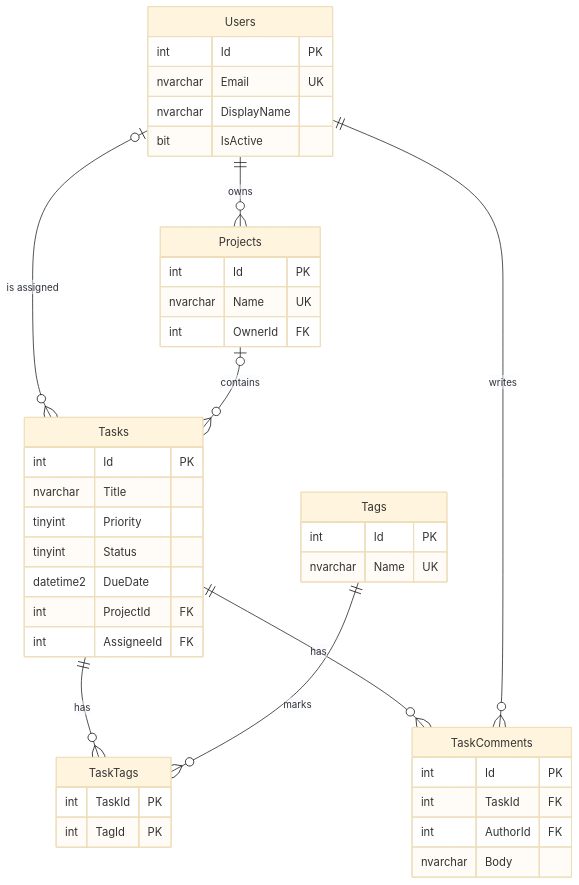
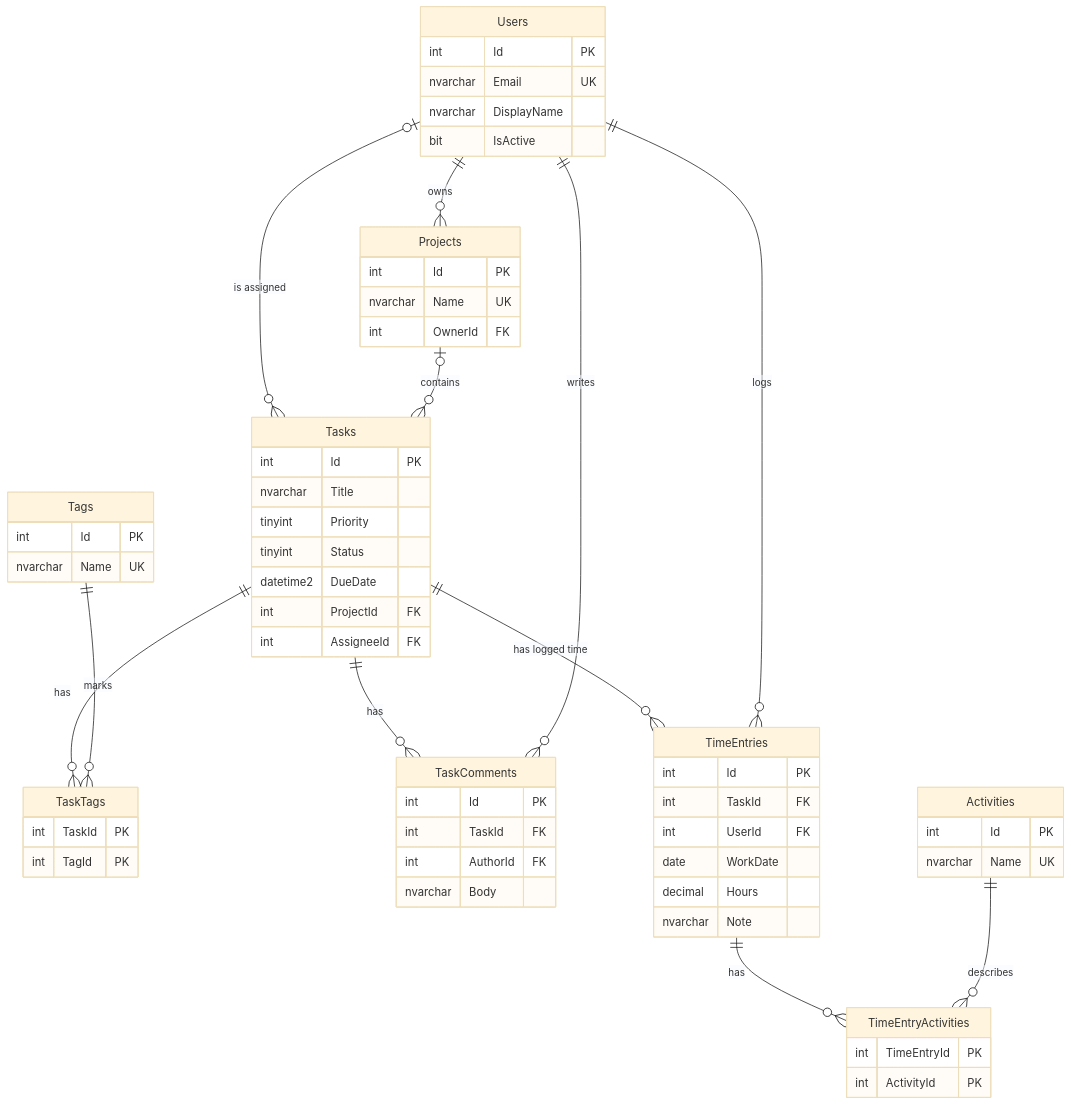
The diagram in database/ERD.md (mihailovp04-projects/TaskFlow), drawn with Mermaid (base theme) before and after one commit. The commit also changed 5 other files, not shown here.

Commit message:
Week 04 homework: time tracking in TaskFlowLab

````diff
--- a/database/ERD.md
+++ b/database/ERD.md
@@ -3,45 +3,65 @@
 ```mermaid
 erDiagram
     Users ||--o{ Projects : "owns"
     Users |o--o{ Tasks : "is assigned"
     Projects |o--o{ Tasks : "contains"
     Tasks ||--o{ TaskTags : "has"
     Tags ||--o{ TaskTags : "marks"
     Tasks ||--o{ TaskComments : "has"
     Users ||--o{ TaskComments : "writes"
+    Tasks ||--o{ TimeEntries : "has logged time"
+    Users ||--o{ TimeEntries : "logs"
+    TimeEntries ||--o{ TimeEntryActivities : "has"
+    Activities ||--o{ TimeEntryActivities : "describes"
 
     Users {
         int Id PK
         nvarchar Email UK
         nvarchar DisplayName
         bit IsActive
     }
     Projects {
         int Id PK
         nvarchar Name UK
         int OwnerId FK
     }
     Tasks {
         int Id PK
         nvarchar Title
         tinyint Priority
         tinyint Status
         datetime2 DueDate
         int ProjectId FK
         int AssigneeId FK
     }
     Tags {
         int Id PK
         nvarchar Name UK
     }
     TaskTags {
         int TaskId PK
         int TagId PK
     }
     TaskComments {
         int Id PK
         int TaskId FK
         int AuthorId FK
         nvarchar Body
     }
+    TimeEntries {
+        int Id PK
+        int TaskId FK
+        int UserId FK
+        date WorkDate
+        decimal Hours
+        nvarchar Note
+    }
+    Activities {
+        int Id PK
+        nvarchar Name UK
+    }
+    TimeEntryActivities {
+        int TimeEntryId PK
+        int ActivityId PK
+    }
 ```
````
